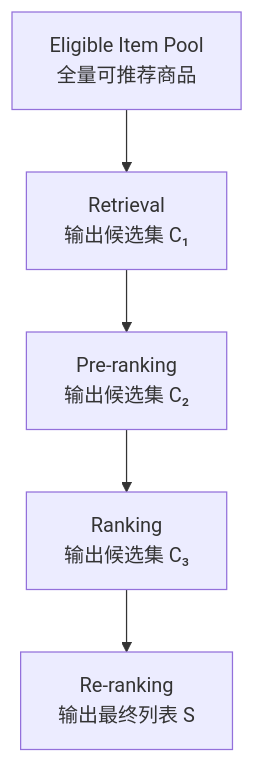
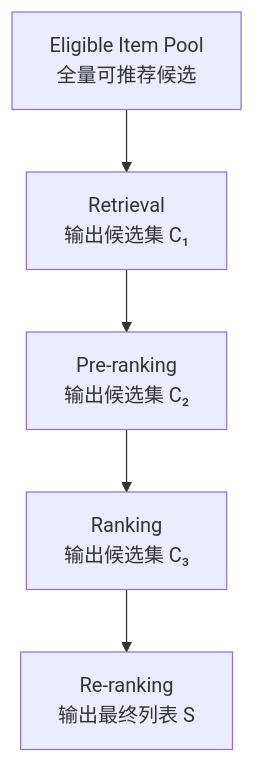
One commit to whanyu1212/mental-gym changed the second of 2 diagrams in notes/recommendation-system/recommendation-system-pipeline.md. Above: the diagram before and after it, drawn with Mermaid. The commit also changed other lines of this file, not shown here.

````diff
--- a/notes/recommendation-system/recommendation-system-pipeline.md
+++ b/notes/recommendation-system/recommendation-system-pipeline.md
@@ -38,13 +93,13 @@
 ```mermaid
 flowchart TB
-    POOL["Eligible Item Pool<br/>全量可推荐商品"]
+    POOL["Eligible Item Pool<br/>全量可推荐候选"]
     RETRIEVAL["Retrieval<br/>输出候选集 C₁"]
     PRERANK["Pre-ranking<br/>输出候选集 C₂"]
     RANK["Ranking<br/>输出候选集 C₃"]
     RERANK["Re-ranking<br/>输出最终列表 S"]
 
     POOL --> RETRIEVAL
     RETRIEVAL --> PRERANK
     PRERANK --> RANK
     RANK --> RERANK
 ```
````
